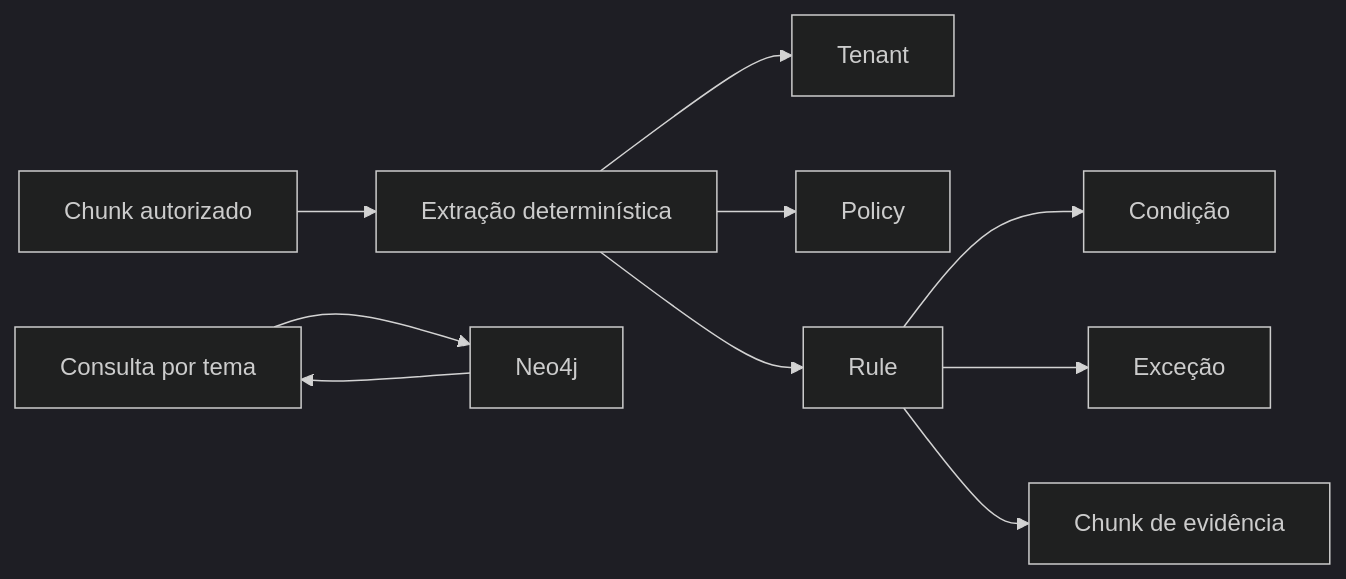
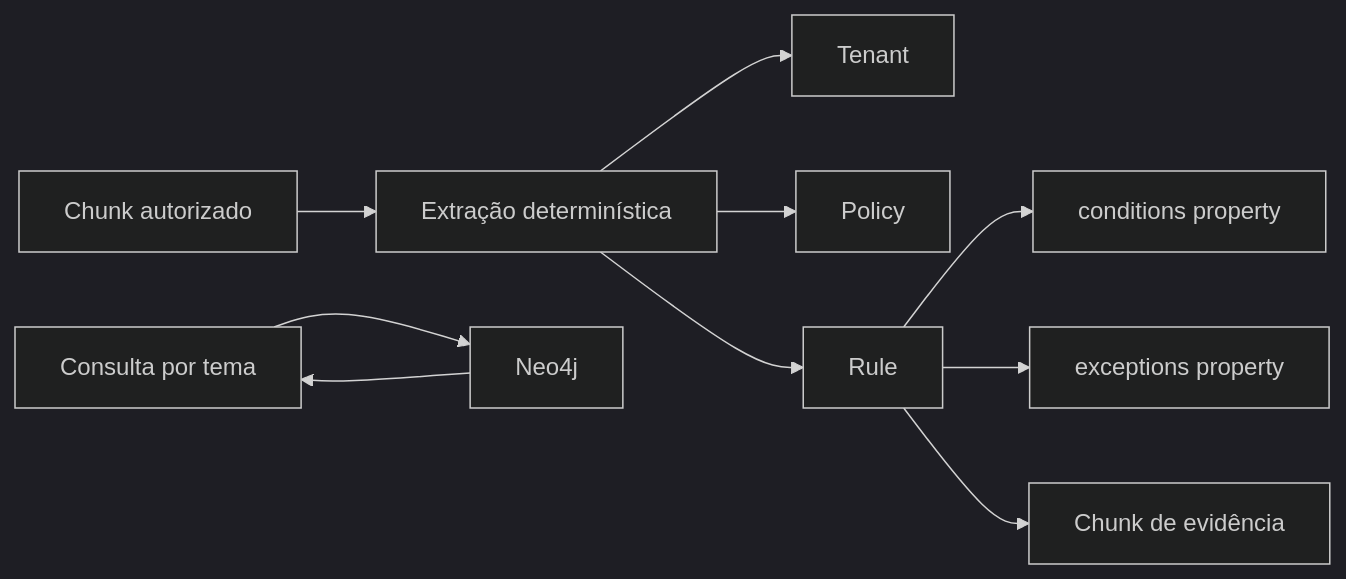
One commit to yhenriux/onfly-policy-copilot changed the diagram in docs/adr/0011-rag-decisao-grafo-conhecimento-v1.md. Above: the diagram before and after it, drawn with Mermaid (dark theme). The commit also changed other lines of this file and 10 other files, not shown here.

Commit message:
fix: harden knowledge graph ingestion

````diff
--- a/docs/adr/0011-rag-decisao-grafo-conhecimento-v1.md
+++ b/docs/adr/0011-rag-decisao-grafo-conhecimento-v1.md
@@ -17,12 +17,12 @@
 ```mermaid
 flowchart LR
     Chunk["Chunk autorizado"] --> Extract["Extração determinística"]
     Extract --> Tenant["Tenant"]
     Extract --> Policy["Policy"]
     Extract --> Rule["Rule"]
-    Rule --> Condition["Condição"]
-    Rule --> Exception["Exceção"]
+    Rule --> Condition["conditions property"]
+    Rule --> Exception["exceptions property"]
     Rule --> Evidence["Chunk de evidência"]
     Question["Consulta por tema"] --> Neo4j["Neo4j"]
     Neo4j --> Question
 ```
````
